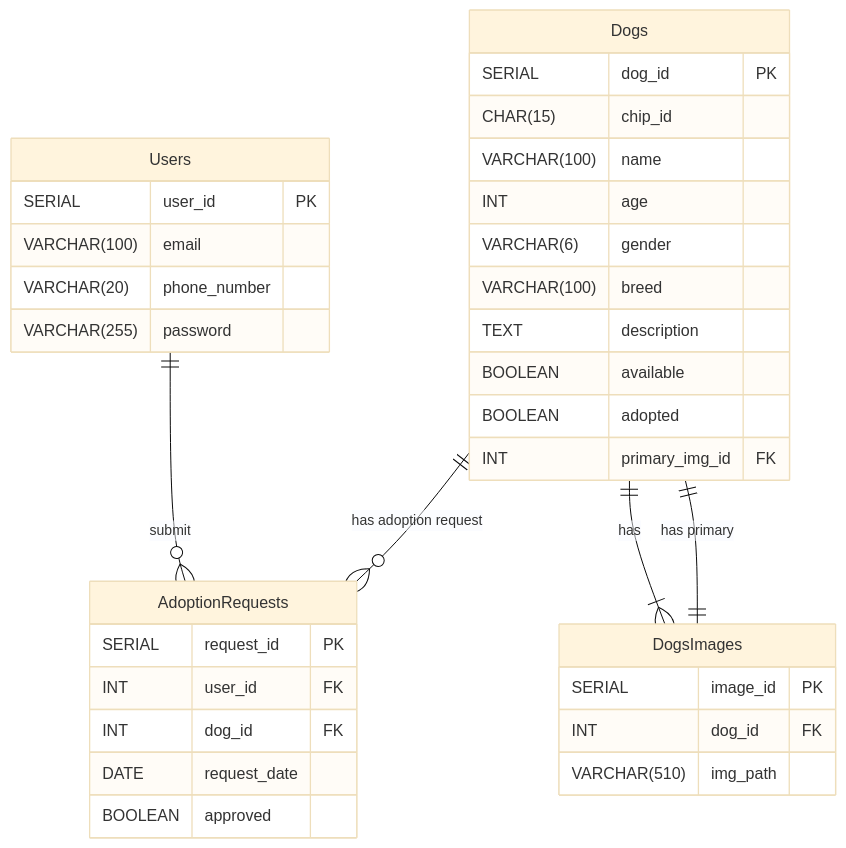
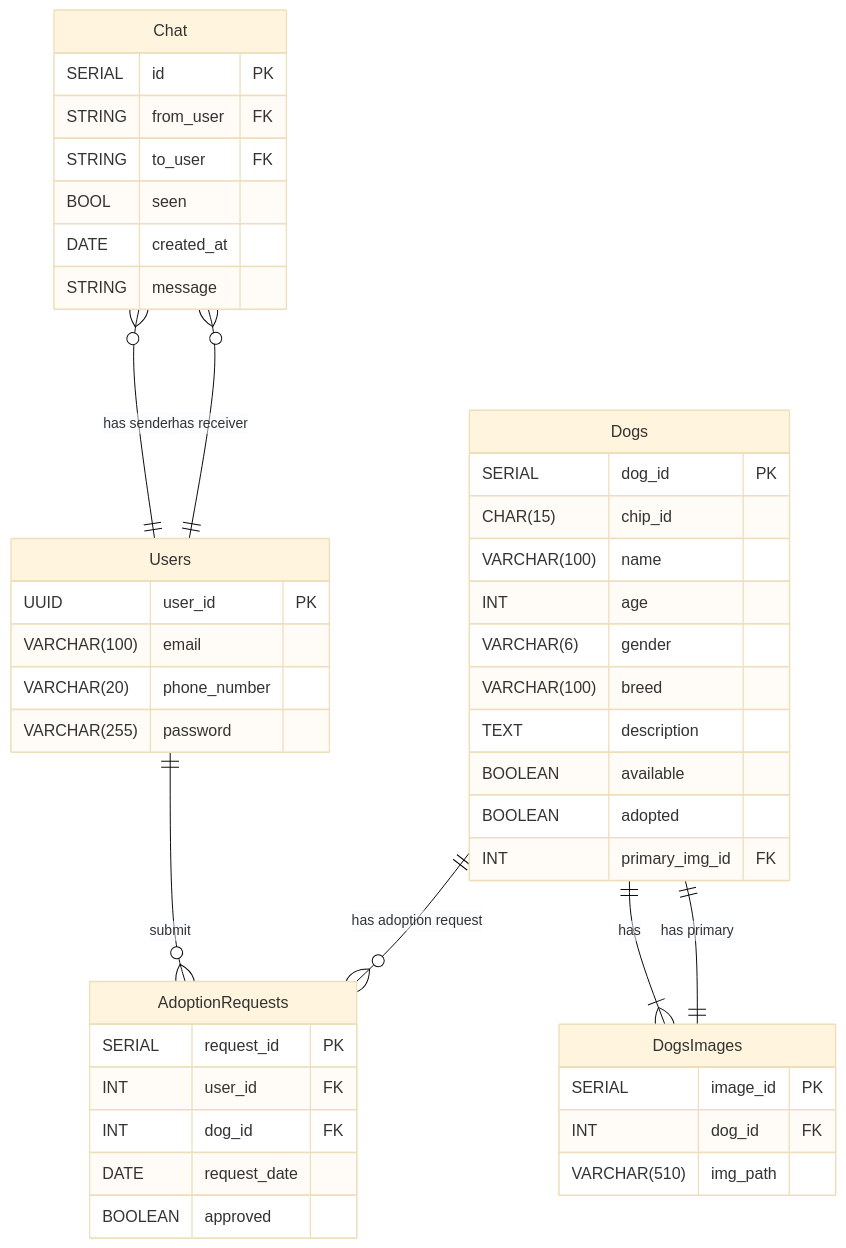
The fifth of 7 diagrams in docs/bigProject/rendszerterv.md (Macsoo/its-not-a-bug-its-a-feature), drawn with Mermaid (base theme) before and after one commit. The commit also changed other lines of this file, not shown here.

````diff
--- a/docs/bigProject/rendszerterv.md
+++ b/docs/bigProject/rendszerterv.md
@@ -415,41 +425,52 @@
 ```mermaid
 erDiagram
     Users {
-        SERIAL user_id PK
+        UUID user_id PK
         VARCHAR(100) email
         VARCHAR(20) phone_number
         VARCHAR(255) password
     }
 
     Dogs {
         SERIAL dog_id PK
         CHAR(15) chip_id
         VARCHAR(100) name
         INT age
         VARCHAR(6) gender
         VARCHAR(100) breed
         TEXT description
         BOOLEAN available
         BOOLEAN adopted
         INT primary_img_id FK
     }
 
     AdoptionRequests {
         SERIAL request_id PK
         INT user_id FK
         INT dog_id FK
         DATE request_date
         BOOLEAN approved
     }
 
     DogsImages {
         SERIAL image_id PK
         INT dog_id FK
         VARCHAR(510) img_path
     }
+    
+    Chat {
+        SERIAL id PK
+        STRING from_user FK
+        STRING to_user FK
+        BOOL seen
+        DATE created_at
+        STRING message
+    }
 
     Users ||--o{ AdoptionRequests: "submit"
     Dogs ||--o{ AdoptionRequests: "has adoption request"
     Dogs ||--|{ DogsImages: "has"
     Dogs ||--|| DogsImages: "has primary"
+    Chat }o--|| Users: "has sender"
+    Chat }o--|| Users: "has receiver"
 ```
````
